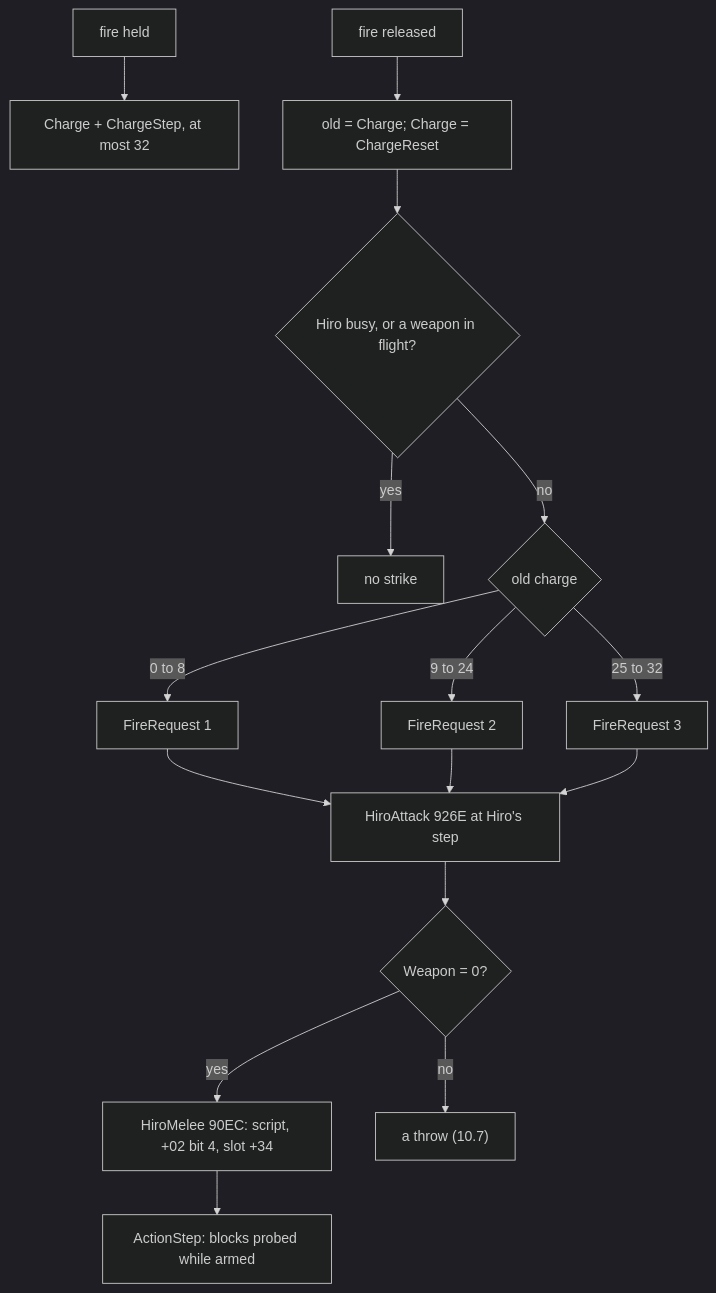
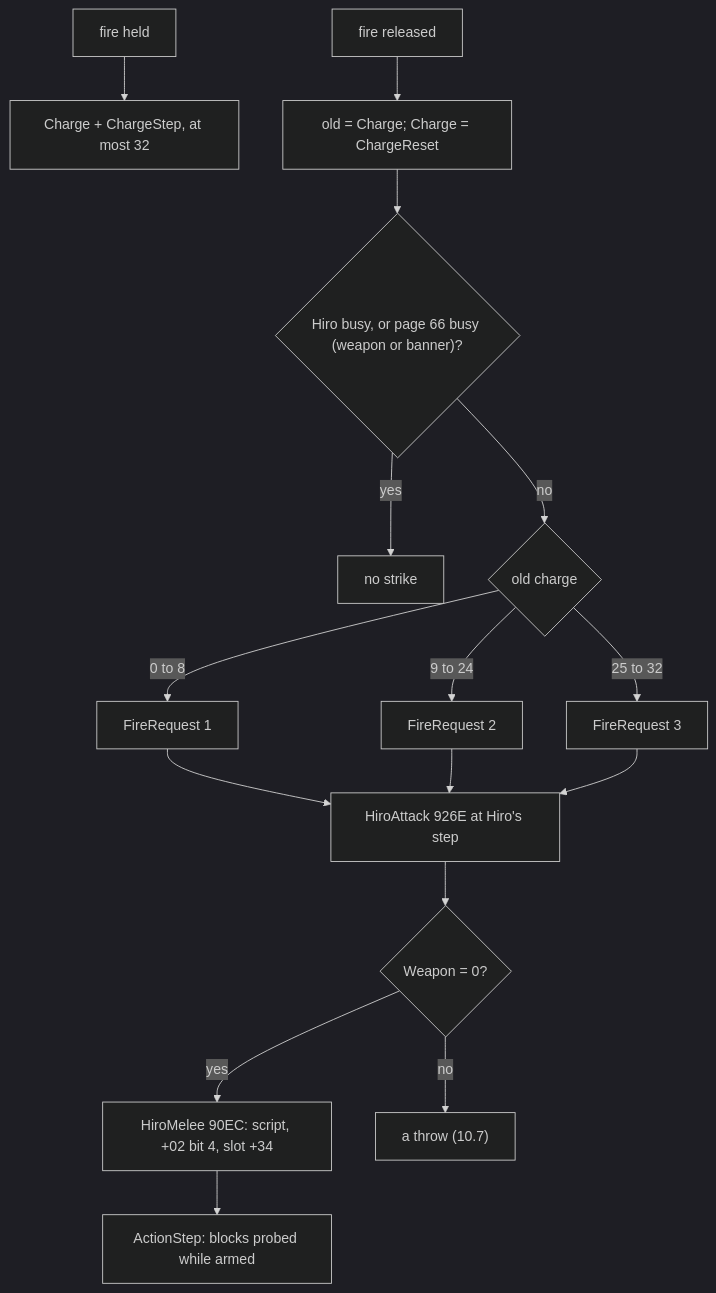
Before and after one commit to alfishe/unrealng-reverse-cases: the sixth of 15 diagrams in games/switchblade/docs/10-gameplay-logic.md, drawn with Mermaid (dark theme). The commit also changed other lines of this file and 54 other files, not shown here.

````diff
--- a/games/switchblade/docs/10-gameplay-logic.md
+++ b/games/switchblade/docs/10-gameplay-logic.md
@@ -889,18 +903,18 @@
 ```mermaid
 flowchart TD
     H["fire held"] --> C["Charge + ChargeStep, at most 32"]
     R["fire released"] --> O["old = Charge; Charge = ChargeReset"]
-    O --> B{"Hiro busy, or a weapon in flight?"}
+    O --> B{"Hiro busy, or page 66 busy (weapon or banner)?"}
     B -->|"yes"| X["no strike"]
     B -->|"no"| Q{"old charge"}
     Q -->|"0 to 8"| F1["FireRequest 1"]
     Q -->|"9 to 24"| F2["FireRequest 2"]
     Q -->|"25 to 32"| F3["FireRequest 3"]
     F1 --> A["HiroAttack 926E at Hiro's step"]
     F2 --> A
     F3 --> A
     A --> W{"Weapon = 0?"}
     W -->|"yes"| M["HiroMelee 90EC: script, +02 bit 4, slot +34"]
     W -->|"no"| T["a throw (10.7)"]
     M --> S["ActionStep: blocks probed while armed"]
 ```
````
